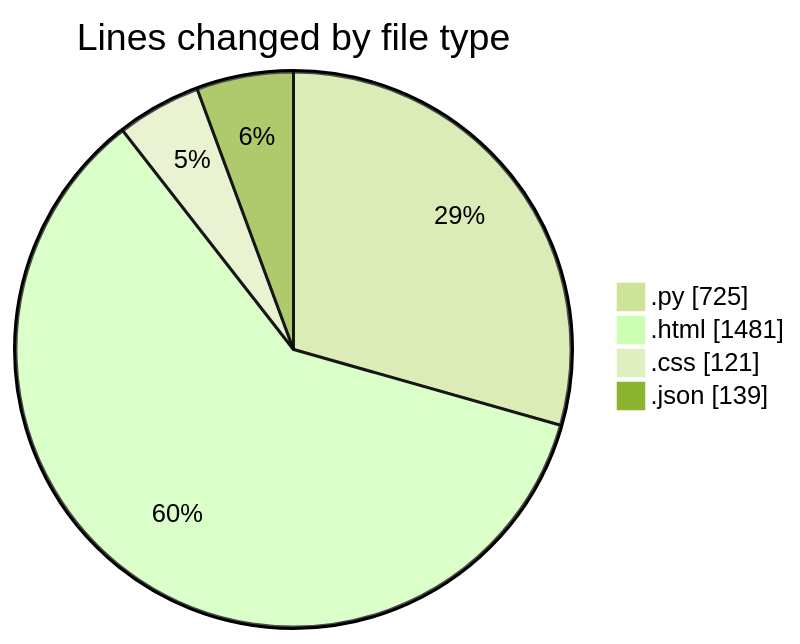
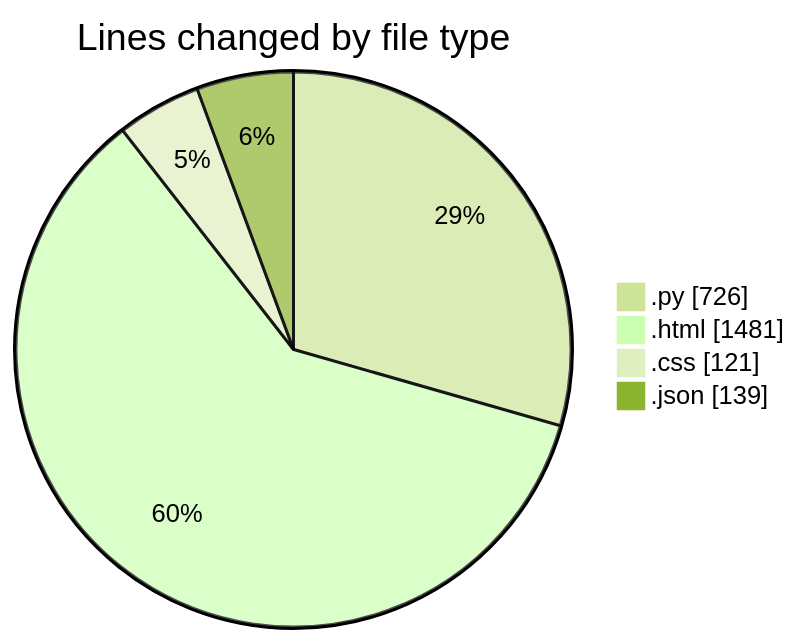
The first of 2 diagrams in 2025-01-31/flask/README.md (Elitesun/code-tracking), drawn with Mermaid (forest theme) before and after one commit. The commit also changed other lines of this file and 1 other file, not shown here.

````diff
--- a/2025-01-31/flask/README.md
+++ b/2025-01-31/flask/README.md
@@ -27,8 +27,8 @@
 ```mermaid
 pie showData
 title Lines changed by file type
-".py" : 725
+".py" : 726
 ".html" : 1481
 ".css" : 121
 ".json" : 139
 ```
````
